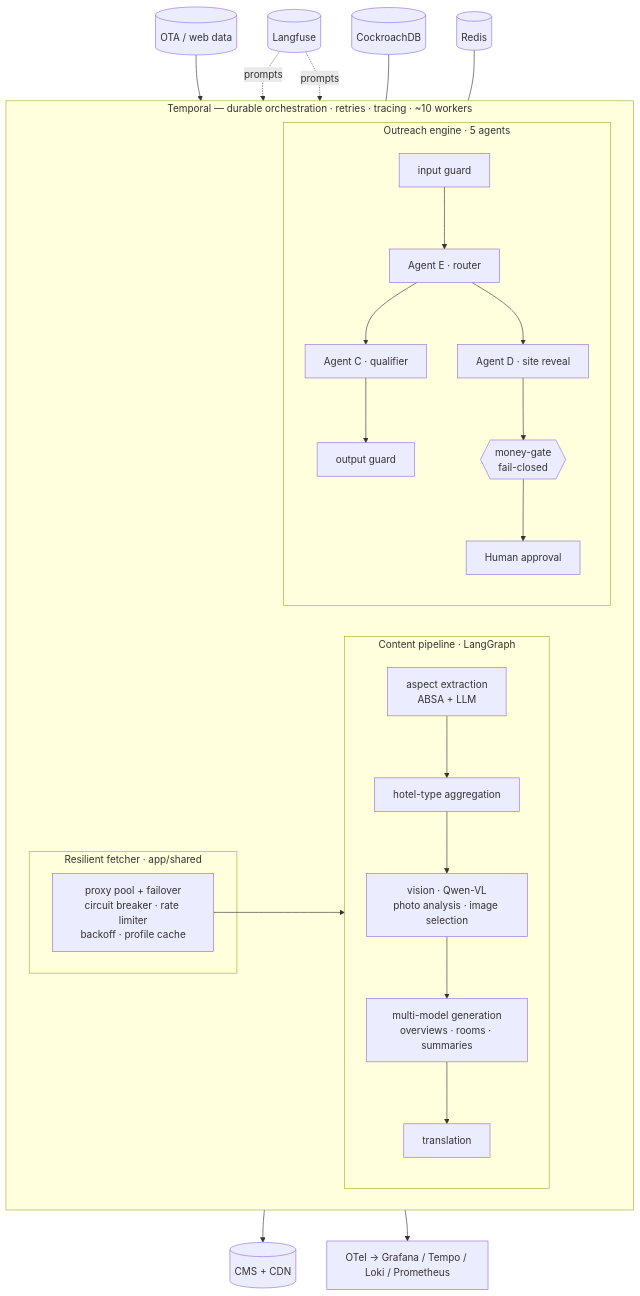
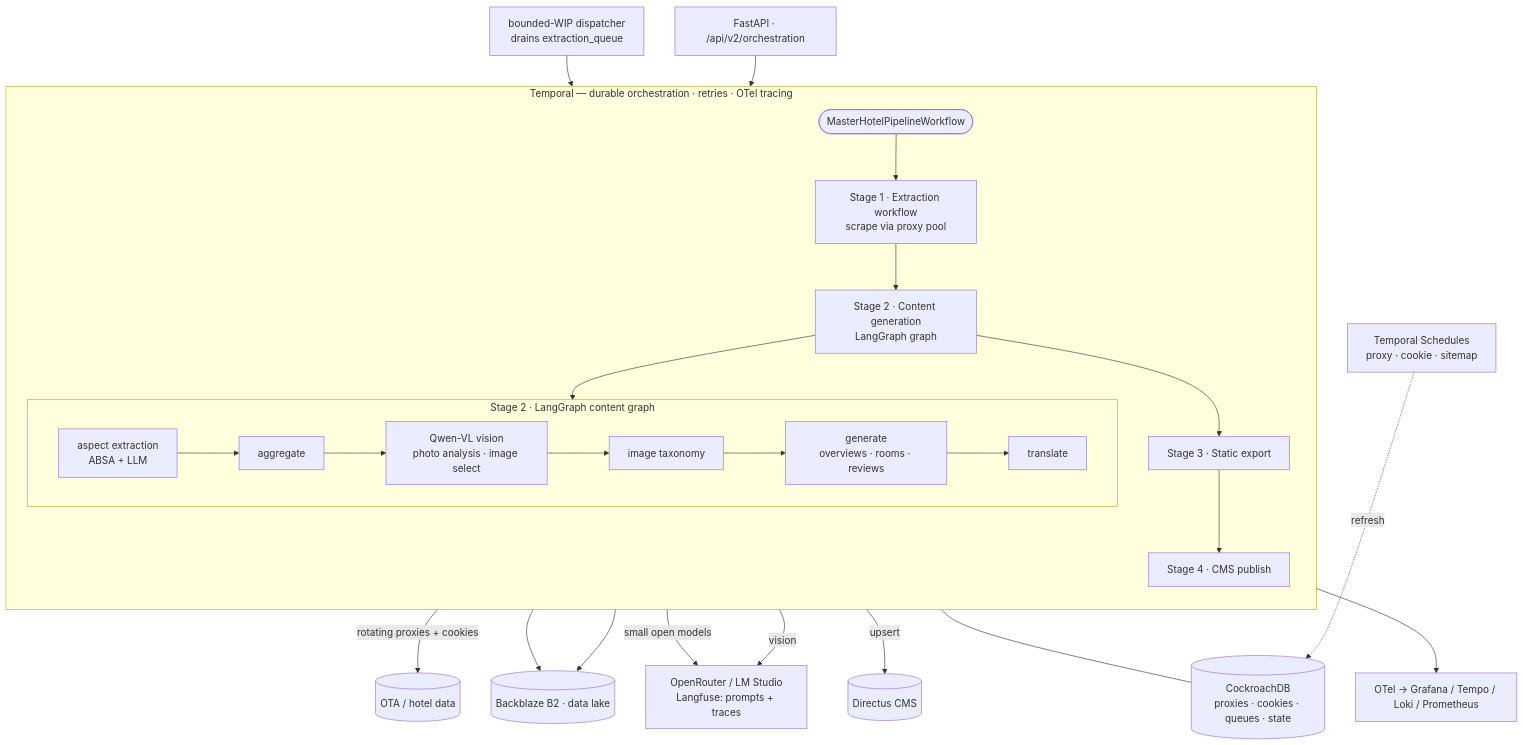
One commit to baranlanka/et-hotel-ai-showcase changed the second of 5 diagrams in docs/architecture/ARCHITECTURE.md. Above: the diagram before and after it, drawn with Mermaid. The commit also changed other lines of this file and 1 other file, not shown here.

Commit message:
docs: redraw architecture as the real pipeline runs
Replace the static container box with the actual content pipeline run: MasterHotelPipelineWorkflow -> Extraction -> Content generation (LangGraph inner: aspects -> Qwen-VL vision -> generate -> translate) -> Static export -> CMS publish, plus maintenance Temporal Schedules, the bounded-WIP dispatcher, the external-call map (rotating proxies, OpenRouter/LM Studio + Langfuse, B2, Directus), and a dedicated outreach pipeline-run diagram (audit -> CRM push -> 5-agent conversation <-> inbound signals -> site reveal). Kept generic (no named scrape target). Mermaid validated (README 1, ARCHITECTURE 5).

````diff
--- a/docs/architecture/ARCHITECTURE.md
+++ b/docs/architecture/ARCHITECTURE.md
@@ -35,33 +37,29 @@
 ```mermaid
 flowchart TB
-    OTA[(OTA / web data)] --> F
-    subgraph temporal[Temporal — durable orchestration · retries · tracing · ~10 workers]
-      direction LR
-      subgraph fetch[Resilient fetcher · app/shared]
-        F[proxy pool + failover<br/>circuit breaker · rate limiter<br/>backoff · profile cache]
+    API[FastAPI · /api/v2/orchestration] --> MASTER
+    DISP[bounded-WIP dispatcher<br/>drains extraction_queue] --> S1
+    SCHED[Temporal Schedules<br/>proxy · cookie · sitemap] -. refresh .-> DB[(CockroachDB<br/>proxies · cookies · queues · state)]
+
+    subgraph temporal[Temporal — durable orchestration · retries · OTel tracing]
+      direction TB
+      MASTER([MasterHotelPipelineWorkflow]) --> S1
+      S1[Stage 1 · Extraction workflow<br/>scrape via proxy pool] --> S2
+      S2[Stage 2 · Content generation<br/>LangGraph graph] --> S3
+      S3[Stage 3 · Static export] --> S4
+      S4[Stage 4 · CMS publish]
+      subgraph lg[Stage 2 · LangGraph content graph]
+        direction LR
+        A[aspect extraction<br/>ABSA + LLM] --> AGG[aggregate] --> V[Qwen-VL vision<br/>photo analysis · image select] --> TAX[image taxonomy] --> GEN[generate<br/>overviews · rooms · reviews] --> TR[translate]
       end
-      subgraph pipeline[Content pipeline · LangGraph]
-        direction TB
-        A[aspect extraction<br/>ABSA + LLM] --> AGG[hotel-type aggregation]
-        AGG --> V[vision · Qwen-VL<br/>photo analysis · image selection]
-        V --> G[multi-model generation<br/>overviews · rooms · summaries]
-        G --> T[translation]
-      end
-      subgraph agents[Outreach engine · 5 agents]
-        direction TB
-        IG[input guard] --> R[Agent E · router]
-        R --> C[Agent C · qualifier]
-        R --> D[Agent D · site reveal]
-        C --> OG[output guard]
-        D --> MG{{money-gate<br/>fail-closed}}
-        MG --> ops[Human approval]
-      end
-      F --> A
+      S2 --> lg
     end
-    T --> CMS[(CMS + CDN)]
-    LF[(Langfuse)] -. prompts .-> G
-    LF -. prompts .-> R
-    DB[(CockroachDB)] --- temporal
-    RD[(Redis)] --- temporal
+
+    S1 -->|rotating proxies + cookies| SRC[(OTA / hotel data)]
+    S1 --> B2[(Backblaze B2 · data lake)]
+    V -->|vision| LLM
+    GEN -->|small open models| LLM[OpenRouter / LM Studio<br/>Langfuse: prompts + traces]
+    S2 --> B2
+    S4 -->|upsert| CMS[(Directus CMS)]
+    temporal --- DB
     temporal --> OBS[OTel → Grafana / Tempo / Loki / Prometheus]
 ```
````
